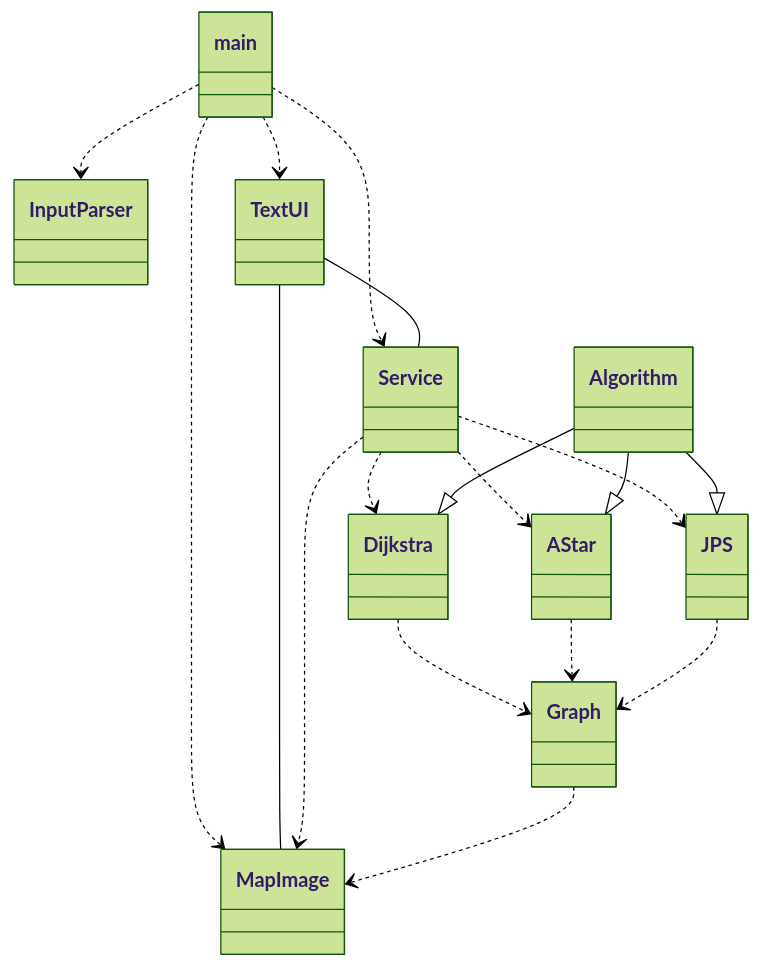
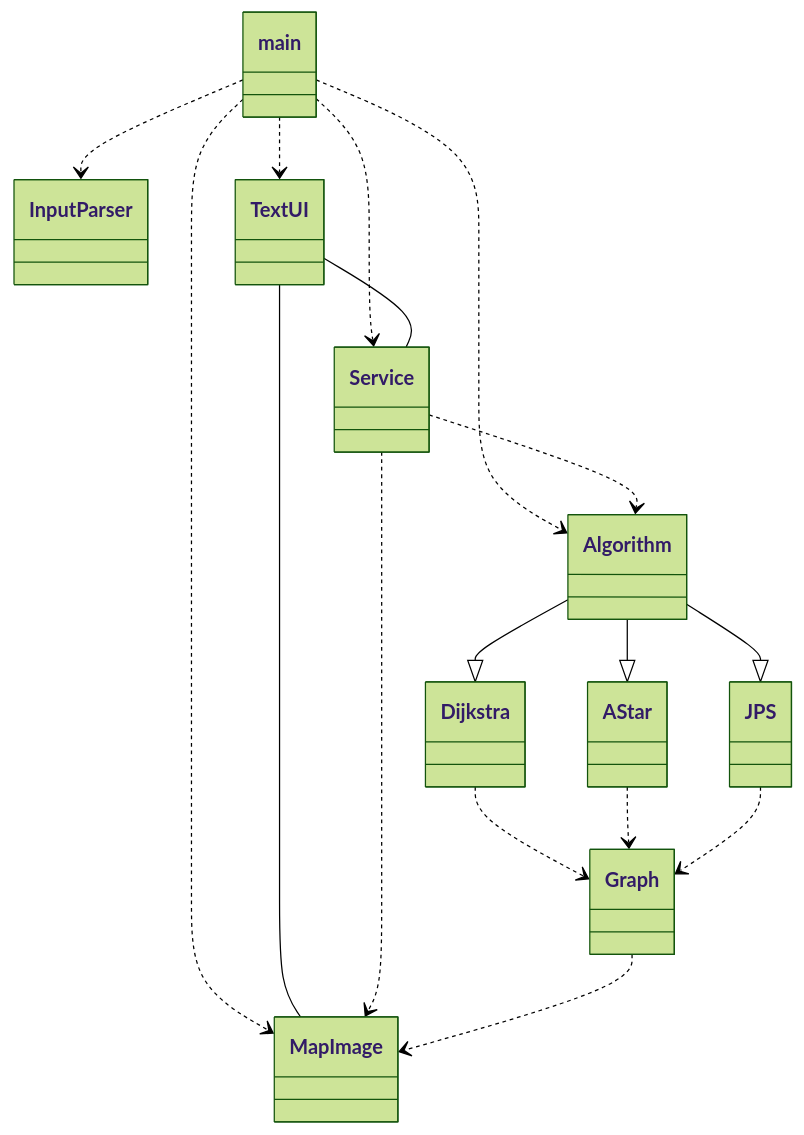
The diagram in documentation/implementation.md (antonlep/shortest-path), drawn with Mermaid (forest theme) before and after one commit.

````diff
--- a/documentation/implementation.md
+++ b/documentation/implementation.md
@@ -3,36 +3,35 @@
 ```mermaid
  classDiagram
       main ..> InputParser
       main ..> TextUI
       main ..> MapImage
       main ..> Service
+      main ..> Algorithm
       TextUI -- Service
       TextUI -- MapImage
-      Service ..> Dijkstra
-      Service ..> AStar
-      Service ..> JPS
+      Service ..> Algorithm
       Service ..> MapImage
       Dijkstra ..> Graph
       AStar ..> Graph
       JPS ..> Graph
       Graph ..> MapImage
       Algorithm --|> Dijkstra
       Algorithm --|> AStar
       Algorithm --|> JPS
       class main{
       }
       class InputParser{
       }
       class Algorithm{
       }
       class MapImage{
       }
       class Graph{
       }
       class Dijkstra{
       }
       class AStar{
       }
       class JPS{
       }
 ```
````
